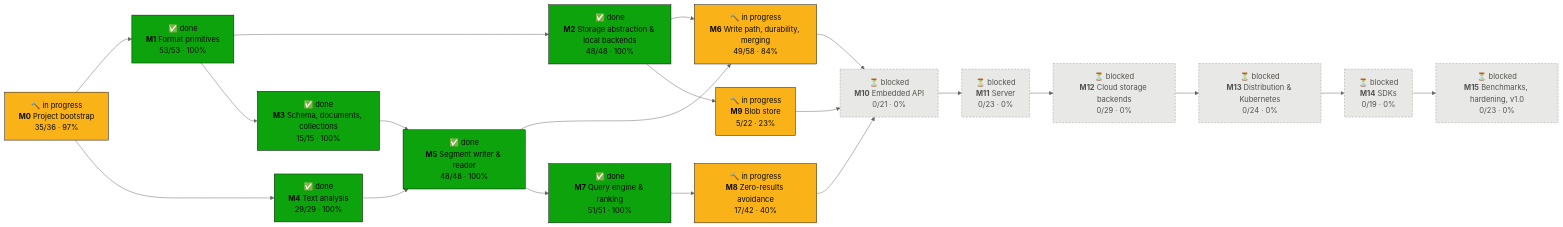
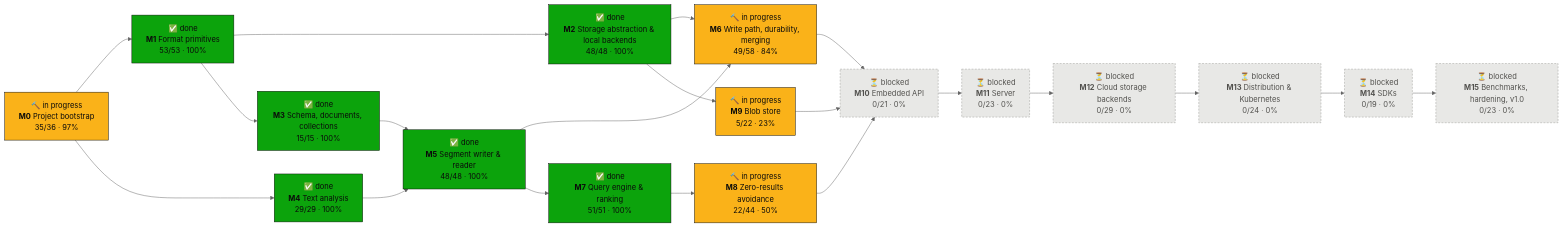
Before and after one commit to tomiok/persiaDB: the first of 2 diagrams in PROGRESS.md, drawn with Mermaid (neutral theme). The commit also changed other lines of this file and 30 other files, not shown here.

First line of the commit message:
L4 fuzzy: banded automaton, length policy, did-you-mean corrections; L2 ranks df-0 terms last (ROADMAP 8.2.4, 8.2.2.5) (#95)

````diff
--- a/PROGRESS.md
+++ b/PROGRESS.md
@@ -16,42 +16,42 @@
 ```mermaid
 flowchart LR
   M0["🔨 in progress<br/><b>M0</b> Project bootstrap<br/>35/36 · 97%"]:::doing
   M1["✅ done<br/><b>M1</b> Format primitives<br/>53/53 · 100%"]:::done
   M2["✅ done<br/><b>M2</b> Storage abstraction & local backends<br/>48/48 · 100%"]:::done
   M3["✅ done<br/><b>M3</b> Schema, documents, collections<br/>15/15 · 100%"]:::done
   M4["✅ done<br/><b>M4</b> Text analysis<br/>29/29 · 100%"]:::done
   M5["✅ done<br/><b>M5</b> Segment writer & reader<br/>48/48 · 100%"]:::done
   M6["🔨 in progress<br/><b>M6</b> Write path, durability, merging<br/>49/58 · 84%"]:::doing
   M7["✅ done<br/><b>M7</b> Query engine & ranking<br/>51/51 · 100%"]:::done
-  M8["🔨 in progress<br/><b>M8</b> Zero-results avoidance<br/>17/42 · 40%"]:::doing
+  M8["🔨 in progress<br/><b>M8</b> Zero-results avoidance<br/>22/44 · 50%"]:::doing
   M9["🔨 in progress<br/><b>M9</b> Blob store<br/>5/22 · 23%"]:::doing
   M10["⏳ blocked<br/><b>M10</b> Embedded API<br/>0/21 · 0%"]:::blocked
   M11["⏳ blocked<br/><b>M11</b> Server<br/>0/23 · 0%"]:::blocked
   M12["⏳ blocked<br/><b>M12</b> Cloud storage backends<br/>0/29 · 0%"]:::blocked
   M13["⏳ blocked<br/><b>M13</b> Distribution & Kubernetes<br/>0/24 · 0%"]:::blocked
   M14["⏳ blocked<br/><b>M14</b> SDKs<br/>0/19 · 0%"]:::blocked
   M15["⏳ blocked<br/><b>M15</b> Benchmarks, hardening, v1.0<br/>0/23 · 0%"]:::blocked
   M0 --> M1
   M1 --> M2
   M1 --> M3
   M0 --> M4
   M3 --> M5
   M4 --> M5
   M2 --> M6
   M5 --> M6
   M5 --> M7
   M7 --> M8
   M2 --> M9
   M6 --> M10
   M8 --> M10
   M9 --> M10
   M10 --> M11
   M11 --> M12
   M12 --> M13
   M13 --> M14
   M14 --> M15
   classDef done fill:#0ca30c,stroke:#0b0b0b,color:#0b0b0b
   classDef doing fill:#fab219,stroke:#0b0b0b,color:#0b0b0b
   classDef ready fill:#fcfcfb,stroke:#0b0b0b,stroke-width:2px,color:#0b0b0b
   classDef blocked fill:#e8e8e6,stroke:#9a9a96,stroke-dasharray:4 3,color:#52514e
 ```
````
